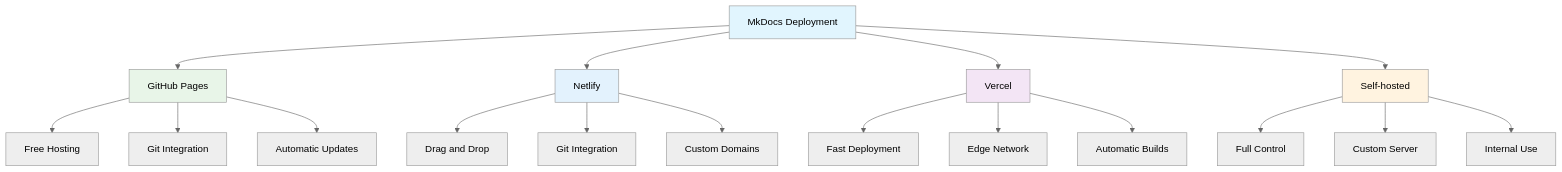
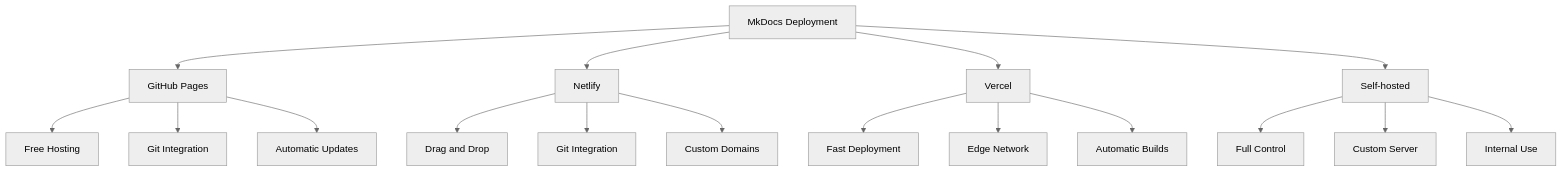
Before and after one commit to sayyamsheikh42/Python-Learning-Material: diagram 13 of 14 in 00_python_colab/18_docstrings_mkdocs/readme.md, drawn with Mermaid (neutral theme). The commit also changed other lines of this file, not shown here.

````diff
--- a/00_python_colab/18_docstrings_mkdocs/readme.md
+++ b/00_python_colab/18_docstrings_mkdocs/readme.md
@@ -1891,29 +1822,23 @@
 ```mermaid
 graph TD
-    A["MkDocs Deployment"] --> B["GitHub Pages"]
-    A --> C["Netlify"]
-    A --> D["Vercel"]
-    A --> E["Self-hosted"]
+    A[MkDocs Deployment] --> B[GitHub Pages]
+    A --> C[Netlify]
+    A --> D[Vercel]
+    A --> E[Self-hosted]
     
-    B --> B1["Free Hosting"]
-    B --> B2["Git Integration"]
-    B --> B3["Automatic Updates"]
+    B --> B1[Free Hosting]
+    B --> B2[Git Integration]
+    B --> B3[Automatic Updates]
     
-    C --> C1["Drag and Drop"]
-    C --> C2["Git Integration"]
-    C --> C3["Custom Domains"]
+    C --> C1[Drag and Drop]
+    C --> C2[Git Integration]
+    C --> C3[Custom Domains]
     
-    D --> D1["Fast Deployment"]
-    D --> D2["Edge Network"]
-    D --> D3["Automatic Builds"]
+    D --> D1[Fast Deployment]
+    D --> D2[Edge Network]
+    D --> D3[Automatic Builds]
     
-    E --> E1["Full Control"]
-    E --> E2["Custom Server"]
-    E --> E3["Internal Use"]
-    
-    style A fill:#e1f5fe
-    style B fill:#e8f5e8
-    style C fill:#e3f2fd
-    style D fill:#f3e5f5
-    style E fill:#fff3e0
+    E --> E1[Full Control]
+    E --> E2[Custom Server]
+    E --> E3[Internal Use]
 ```
````
